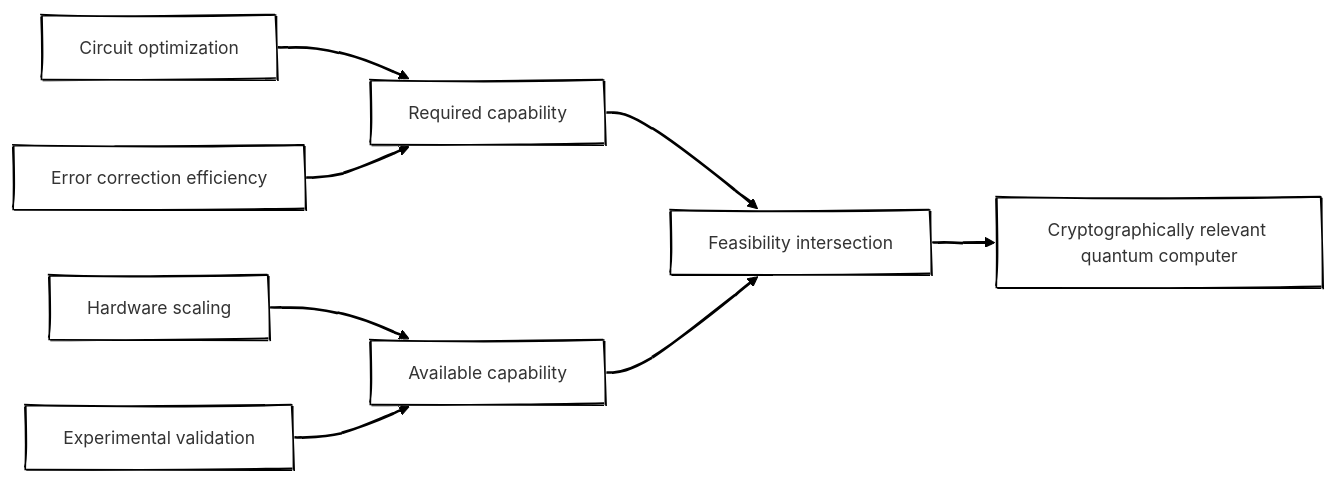
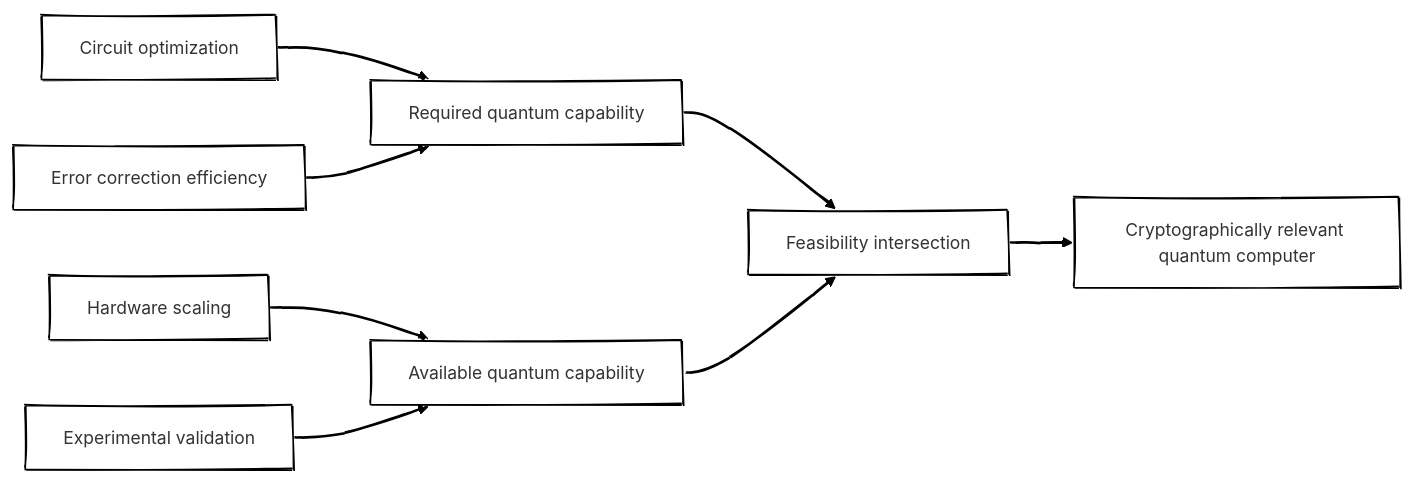
One commit to antomon/antomon.github.io changed the fourth of 4 diagrams in posts/quantum-cryptography-edge-feasibility-resource-estimates-architectural-divergence-systemic-risk/index.qmd. Above: the diagram before and after it, drawn with Mermaid. The commit also changed other lines of this file and 5 other files, not shown here.

````diff
--- a/posts/quantum-cryptography-edge-feasibility-resource-estimates-architectural-divergence-systemic-risk/index.qmd
+++ b/posts/quantum-cryptography-edge-feasibility-resource-estimates-architectural-divergence-systemic-risk/index.qmd
@@ -362,30 +347,30 @@
 ```{mermaid}
 %%| label: fig-feasibility-intersection
 %%| fig-cap: Intersection between decreasing required capability and increasing available capability leading to cryptographic break feasibility
 %%| fig-alt: Diagram showing required and available capability driven by circuit optimization, error correction, and hardware scaling converging to a feasibility point
 %%| fig-align: center
 %%{init: {"theme": "neo", "look": "handDrawn"}}%%
 flowchart LR
 
-    A[Required capability]
-    B[Available capability]
+    A[Required quantum capability]
+    B[Available quantum capability]
 
     A1[Circuit optimization]
     A2[Error correction efficiency]
 
     B1[Hardware scaling]
     B2[Experimental validation]
 
     C[Feasibility intersection]
 
     A1 --> A
     A2 --> A
 
     B1 --> B
     B2 --> B
 
     A --> C
     B --> C
 
     C --> D[Cryptographically relevant quantum computer]
 ```
````
